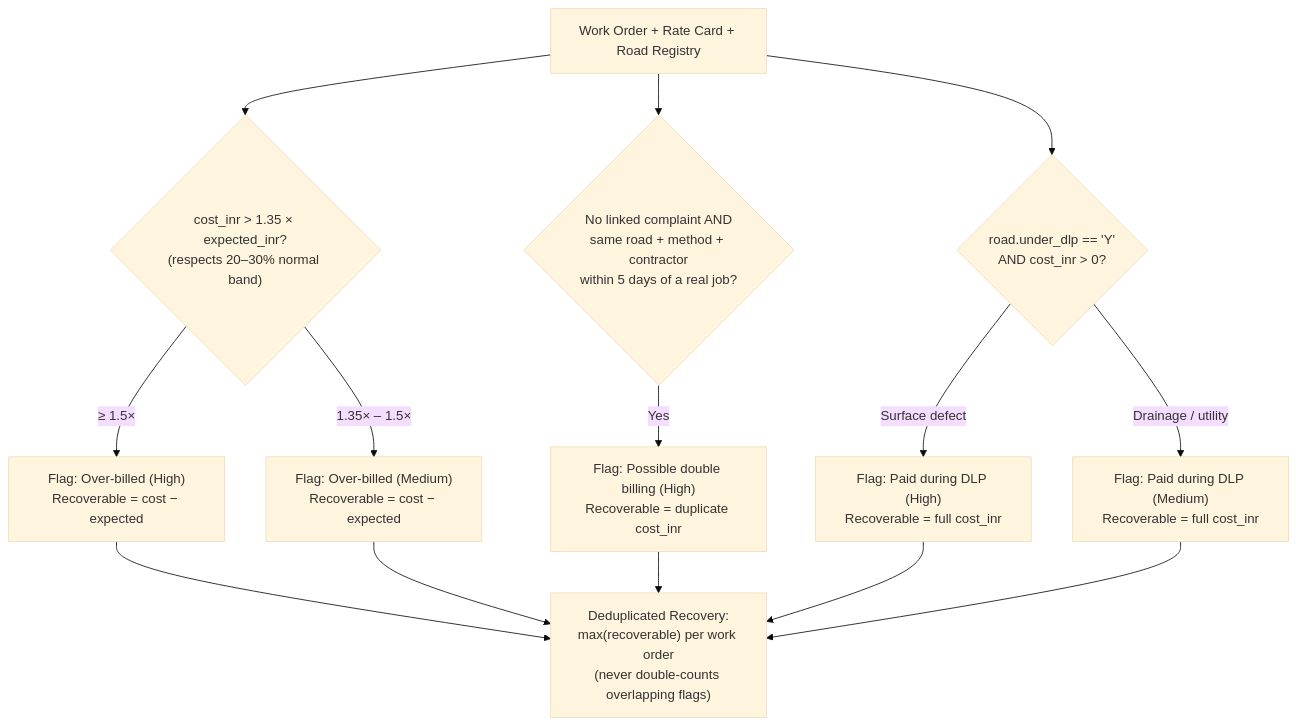
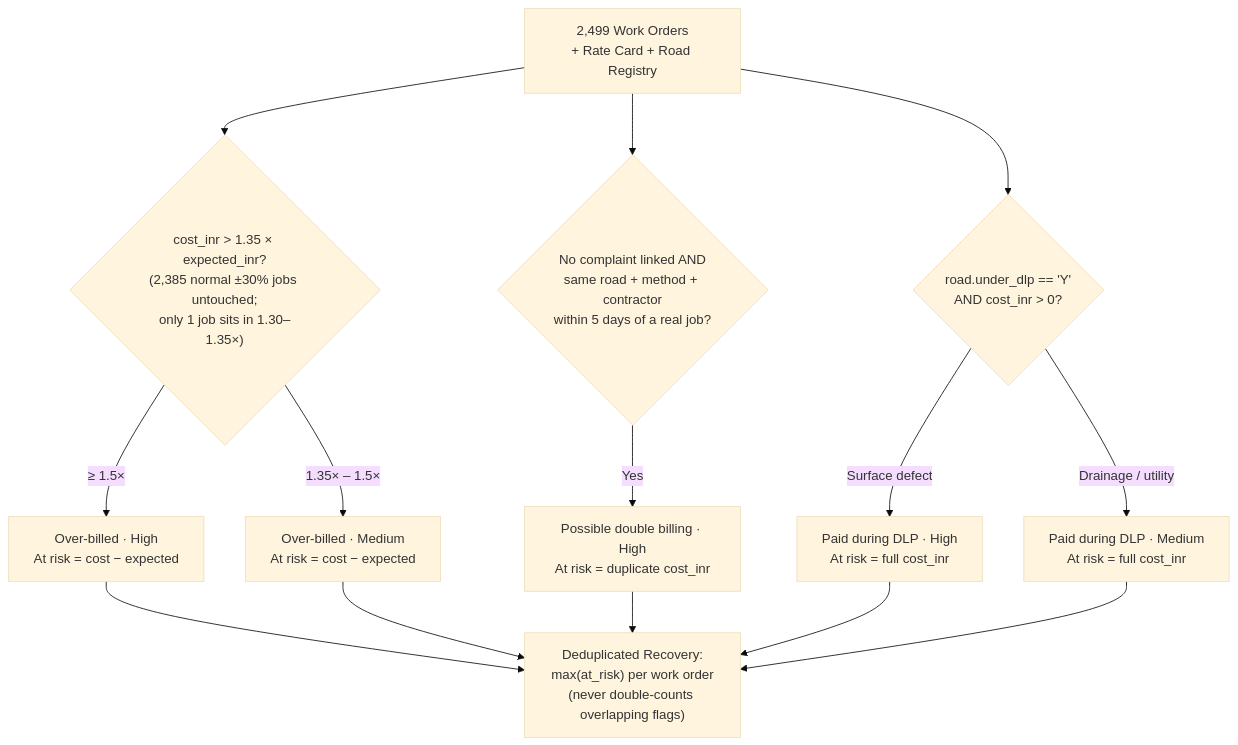
The second of 4 diagrams in README.md (akashupase/claude-hackathon-2026), drawn with Mermaid (base theme) before and after one commit. The commit also changed other lines of this file, not shown here.

````diff
--- a/README.md
+++ b/README.md
@@ -45,15 +44,15 @@
 ```mermaid
 flowchart TD
-    WO["Work Order + Rate Card + Road Registry"] --> R1{"cost_inr > 1.35 × expected_inr?<br/>(respects 20–30% normal band)"}
-    R1 -- "≥ 1.5×" --> F1["Flag: Over-billed (High)<br/>Recoverable = cost − expected"]
-    R1 -- "1.35× – 1.5×" --> F1M["Flag: Over-billed (Medium)<br/>Recoverable = cost − expected"]
+    WO["2,499 Work Orders<br/>+ Rate Card + Road Registry"] --> R1{"cost_inr > 1.35 × expected_inr?<br/>(2,385 normal ±30% jobs untouched;<br/>only 1 job sits in 1.30–1.35×)"}
+    R1 -- "≥ 1.5×" --> F1["Over-billed · High<br/>At risk = cost − expected"]
+    R1 -- "1.35× – 1.5×" --> F1M["Over-billed · Medium<br/>At risk = cost − expected"]
 
-    WO --> R2{"No linked complaint AND<br/>same road + method + contractor<br/>within 5 days of a real job?"}
-    R2 -- "Yes" --> F2["Flag: Possible double billing (High)<br/>Recoverable = duplicate cost_inr"]
+    WO --> R2{"No complaint linked AND<br/>same road + method + contractor<br/>within 5 days of a real job?"}
+    R2 -- "Yes" --> F2["Possible double billing · High<br/>At risk = duplicate cost_inr"]
 
     WO --> R3{"road.under_dlp == 'Y'<br/>AND cost_inr > 0?"}
-    R3 -- "Surface defect" --> F3["Flag: Paid during DLP (High)<br/>Recoverable = full cost_inr"]
-    R3 -- "Drainage / utility" --> F3M["Flag: Paid during DLP (Medium)<br/>Recoverable = full cost_inr"]
+    R3 -- "Surface defect" --> F3["Paid during DLP · High<br/>At risk = full cost_inr"]
+    R3 -- "Drainage / utility" --> F3M["Paid during DLP · Medium<br/>At risk = full cost_inr"]
 
-    F1 & F1M & F2 & F3 & F3M --> DEDUP["Deduplicated Recovery:<br/>max(recoverable) per work order<br/>(never double-counts overlapping flags)"]
+    F1 & F1M & F2 & F3 & F3M --> DEDUP["Deduplicated Recovery:<br/>max(at_risk) per work order<br/>(never double-counts overlapping flags)"]
 ```
````
